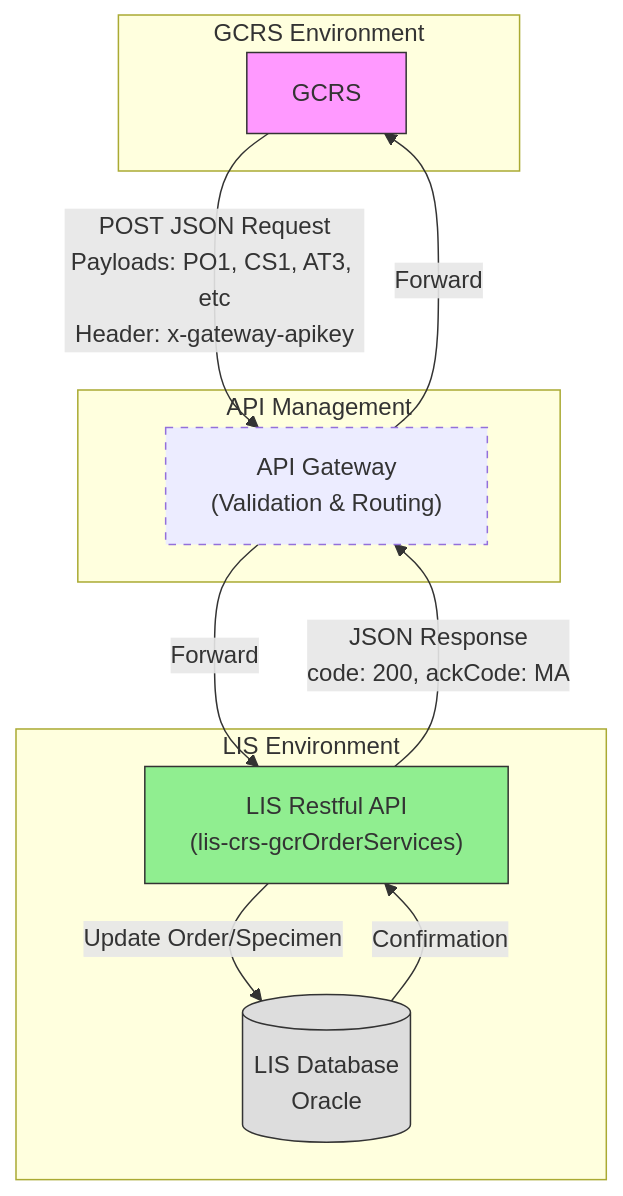
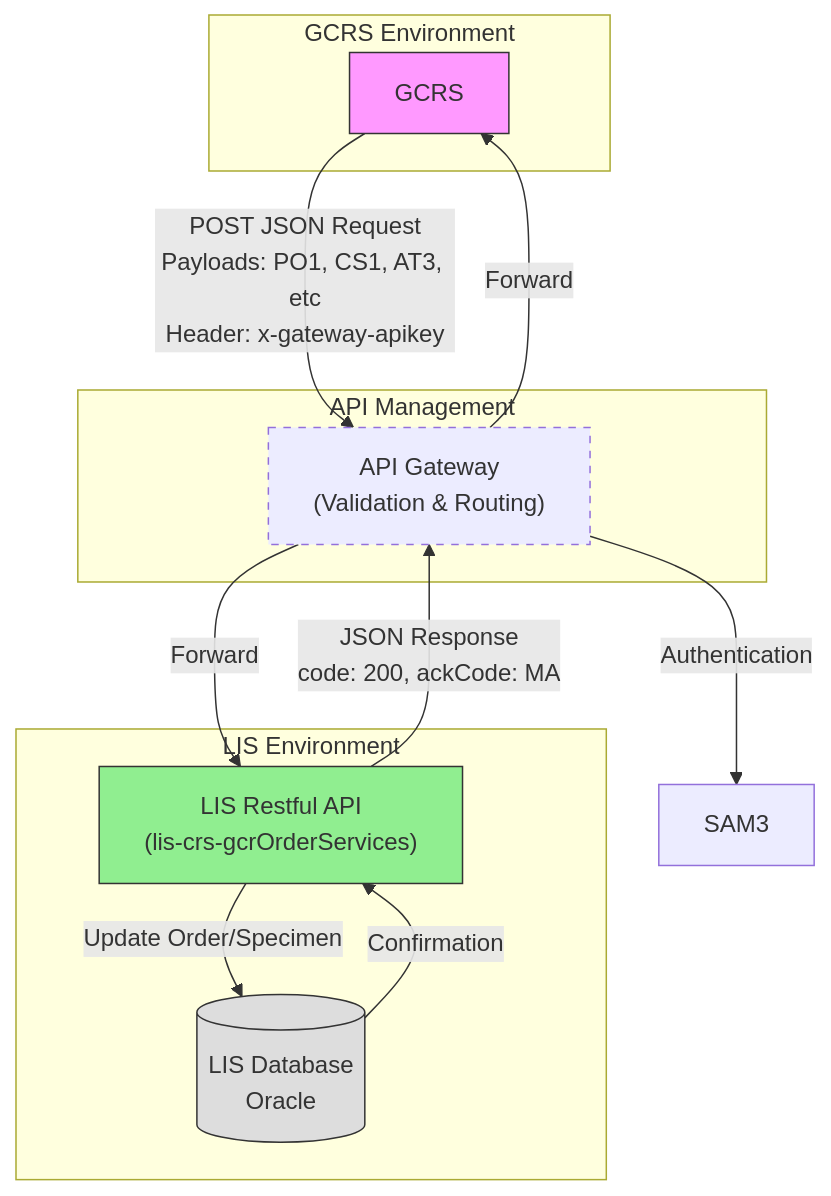
The first of 2 diagrams in CRS/Order Gateway/Technical Diagram.md (DragonChong/HA-Notes), drawn with Mermaid before and after one commit.

Commit message:
vault backup: 2026-03-16 17:30:32

````diff
--- a/CRS/Order Gateway/Technical Diagram.md
+++ b/CRS/Order Gateway/Technical Diagram.md
@@ -2,30 +2,33 @@
 ```mermaid
 flowchart TD
     %% Node Definitions
     subgraph GCRS_Env [GCRS Environment]
         GCRS["GCRS"]
     end
 
     subgraph API_Mgmt [API Management]
         Gateway["API Gateway<br/>(Validation & Routing)"]
     end
-
+    
+    SAM3["SAM3"]
+    
     subgraph LIS_Env [LIS Environment]
         API["LIS Restful API<br/>(lis-crs-gcrOrderServices)"]
         DB[(LIS Database<br/>Oracle)]
     end
 
     %% Connections
     GCRS -->|POST JSON Request<br/>Payloads: PO1, CS1, AT3, etc<br/>Header: x-gateway-apikey| Gateway
     Gateway -->|Forward| API
     API -->|Update Order/Specimen| DB
     DB -->|Confirmation| API
     API --> |JSON Response<br/>code: 200, ackCode: MA| Gateway
     Gateway --> |Forward| GCRS
+    Gateway --> |Authentication|SAM3
 
     %% Styling
     style GCRS fill:#FF99FF,stroke:#333,stroke-width:1px
     style API fill:#90EE90,stroke:#333,stroke-width:1px
     style Gateway stroke-dasharray: 5 5
     style DB fill:#DDD,stroke:#333
 ```
````
